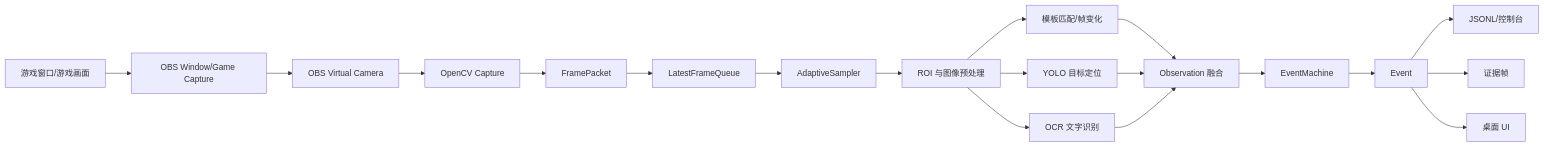
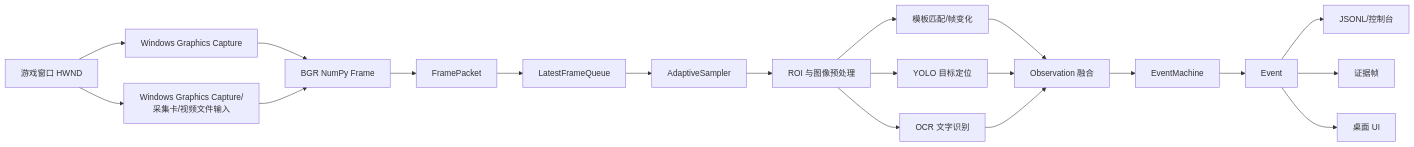
One commit to RomitLee/hoyo-test changed the diagram in README.md. Above: the diagram before and after it, drawn with Mermaid. The commit also changed other lines of this file and 22 other files, not shown here.

Commit message:
feat: migrate desktop capture to Windows Graphics Capture

````diff
--- a/README.md
+++ b/README.md
@@ -160,21 +176,22 @@
 ```mermaid
 flowchart LR
-    A[游戏窗口/游戏画面] --> B[OBS Window/Game Capture]
-    B --> C[OBS Virtual Camera]
-    C --> D[OpenCV Capture]
+    A[游戏窗口 HWND] --> B[Windows Graphics Capture]
+    A --> C[Windows Graphics Capture/采集卡/视频文件输入]
+    B --> D[BGR NumPy Frame]
+    C --> D
     D --> E[FramePacket]
     E --> F[LatestFrameQueue]
     F --> G[AdaptiveSampler]
     G --> H[ROI 与图像预处理]
     H --> I[模板匹配/帧变化]
     H --> J[YOLO 目标定位]
     H --> K[OCR 文字识别]
     I --> L[Observation 融合]
     J --> L
     K --> L
     L --> M[EventMachine]
     M --> N[Event]
     N --> O[JSONL/控制台]
     N --> P[证据帧]
     N --> Q[桌面 UI]
 ```
````
